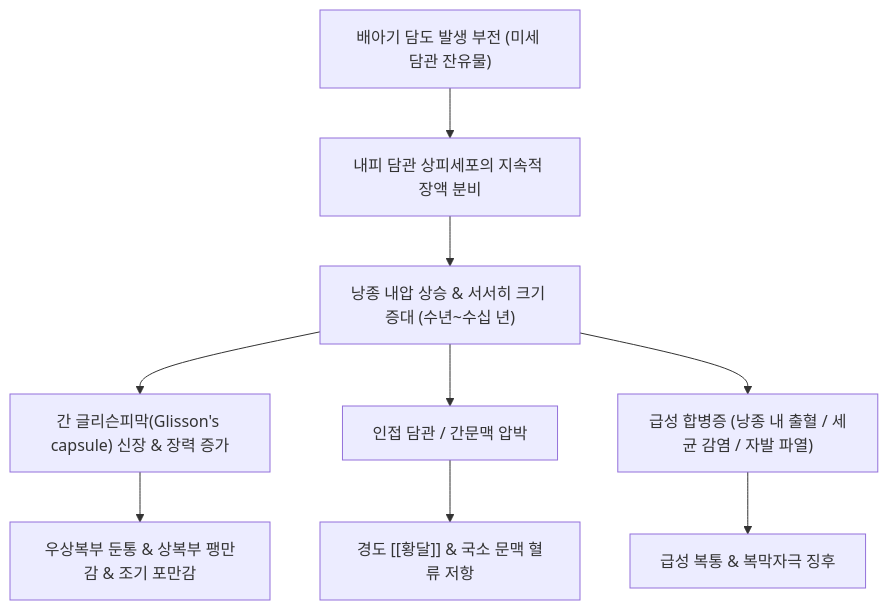
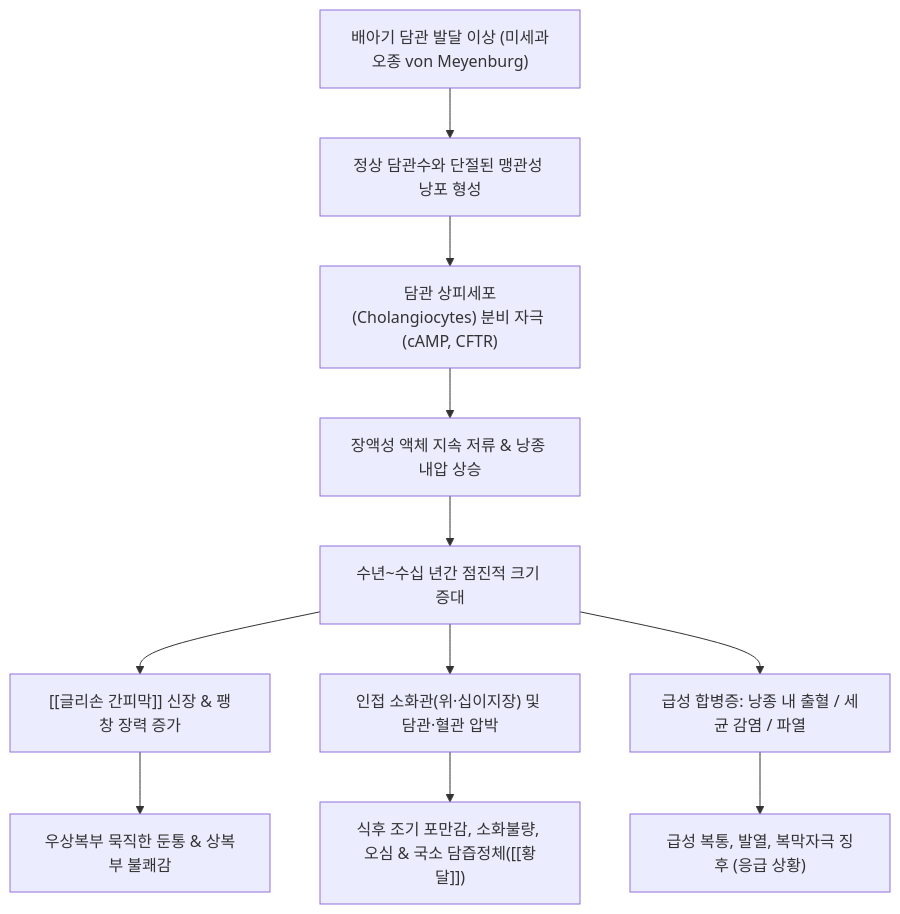
The diagram in content/3. 이론 공부/질환/간 질환/기타 간/간낭종.md (simbio11/simbio-digital-garden2), drawn with Mermaid before and after one commit. The commit also changed other lines of this file and 147 other files, not shown here.

````diff
--- a/content/3. 이론 공부/질환/간 질환/기타 간/간낭종.md
+++ b/content/3. 이론 공부/질환/간 질환/기타 간/간낭종.md
@@ -66,11 +112,13 @@
 ```mermaid
 graph TD
-    Cause["배아기 담도 발생 부전 (미세 담관 잔유물)"] --> Secretion["내피 담관 상피세포의 지속적 장액 분비"]
-    Secretion --> Expansion["낭종 내압 상승 & 서서히 크기 증대 (수년~수십 년)"]
-    Expansion --> CapsularTension["간 글리슨피막(Glisson's capsule) 신장 & 장력 증가"]
-    CapsularTension --> DullPain["우상복부 둔통 & 상복부 팽만감 & 조기 포만감"]
-    Expansion --> DuctComp["인접 담관 / 간문맥 압박"]
-    DuctComp --> Jaundice["경도 [[황달]] & 국소 문맥 혈류 저항"]
-    Expansion --> Compl["급성 합병증 (낭종 내 출혈 / 세균 감염 / 자발 파열)"]
-    Compl --> AcuteAbdomen["급성 복통 & 복막자극 징후"]
+    Embryo["배아기 담관 발달 이상 (미세과오종 von Meyenburg)"] --> BlindPouch["정상 담관수와 단절된 맹관성 낭포 형성"]
+    BlindPouch --> EpithelialSecretion["담관 상피세포(Cholangiocytes) 분비 자극 (cAMP, CFTR)"]
+    EpithelialSecretion --> FluidAccumulation["장액성 액체 지속 저류 & 낭종 내압 상승"]
+    FluidAccumulation --> SlowExpansion["수년~수십 년간 점진적 크기 증대"]
+    SlowExpansion --> GlissonStretch["[[글리손 간피막]] 신장 & 팽창 장력 증가"]
+    GlissonStretch --> DullPain["우상복부 묵직한 둔통 & 상복부 불쾌감"]
+    SlowExpansion --> MassEffect["인접 소화관(위·십이지장) 및 담관·혈관 압박"]
+    MassEffect --> GastroSymptom["식후 조기 포만감, 소화불량, 오심 & 국소 담즙정체([[황달]])"]
+    SlowExpansion --> Complications["급성 합병증: 낭종 내 출혈 / 세균 감염 / 파열"]
+    Complications --> AcuteAbdomen["급성 복통, 발열, 복막자극 징후 (응급 상황)"]
 ```
````
